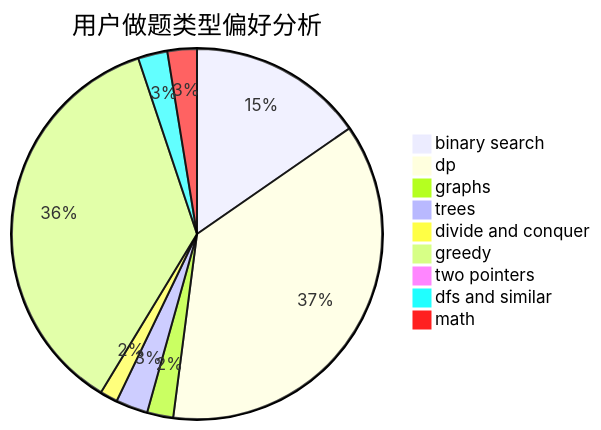
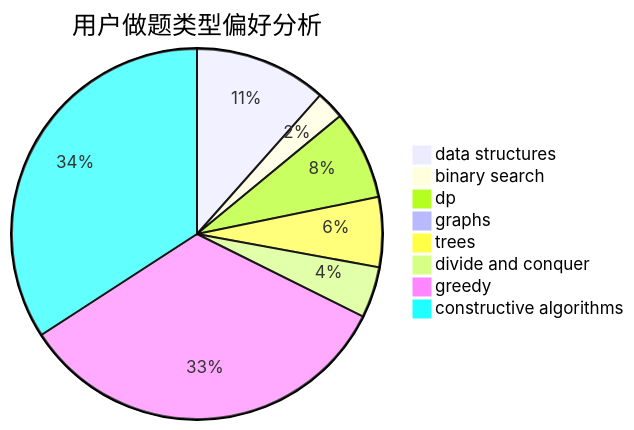
One commit to sherpahu/cfrs.github.io changed the second of 3 diagrams in docs/user/u2280.md. Above: the diagram before and after it, drawn with Mermaid. The commit also changed other lines of this file and 2775 other files, not shown here.

````diff
--- a/docs/user/u2280.md
+++ b/docs/user/u2280.md
@@ -23,12 +23,11 @@
 ```mermaid
 pie title 用户做题类型偏好分析
-    "binary search" :  269
-    "dp" :  643
-    "graphs" :  40
-    "trees" :  49
+    "data structures" :  70
+    "binary search" :  15
+    "dp" :  47
+    "graphs" :  6
+    "trees" :  37
     "divide and conquer" :  27
-    "greedy" :  634
-    "two pointers" :  7
-    "dfs and similar" :  45
-    "math" :  45
+    "greedy" :  203
+    "constructive algorithms" :  207
 ```
````
